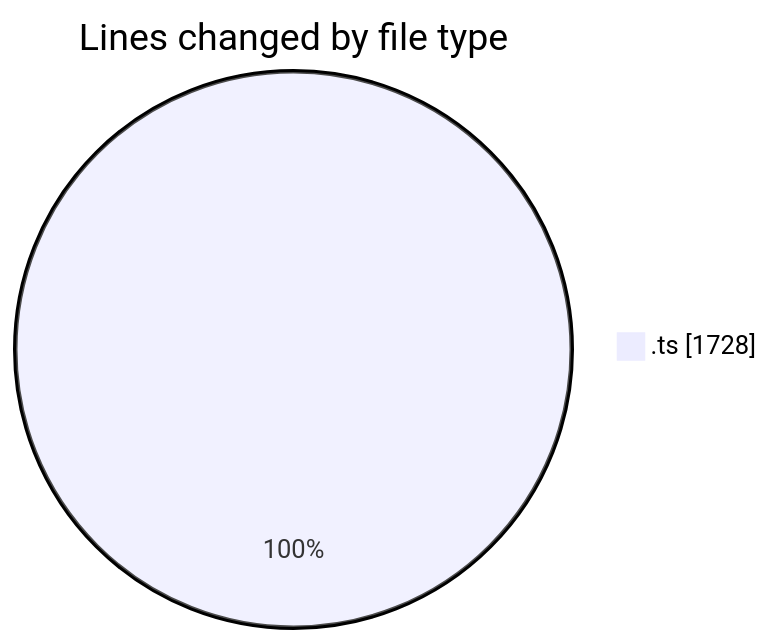
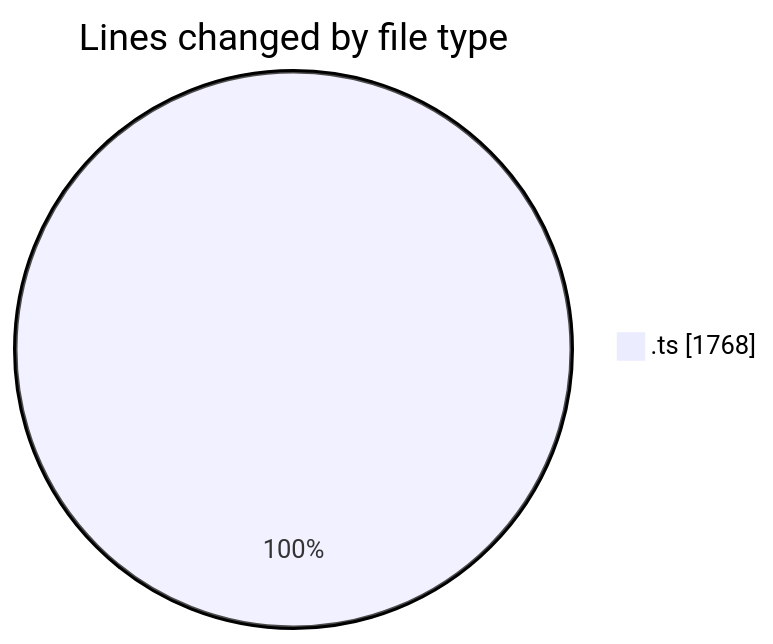
The first of 2 diagrams in 2025-06-27/cda/README.md (momahboobian/code-tracking), drawn with Mermaid before and after one commit. The commit also changed other lines of this file and 1 other file, not shown here.

````diff
--- a/2025-06-27/cda/README.md
+++ b/2025-06-27/cda/README.md
@@ -23,5 +24,5 @@
 ```mermaid
 pie showData
 title Lines changed by file type
-".ts" : 1728
+".ts" : 1768
 ```
````
